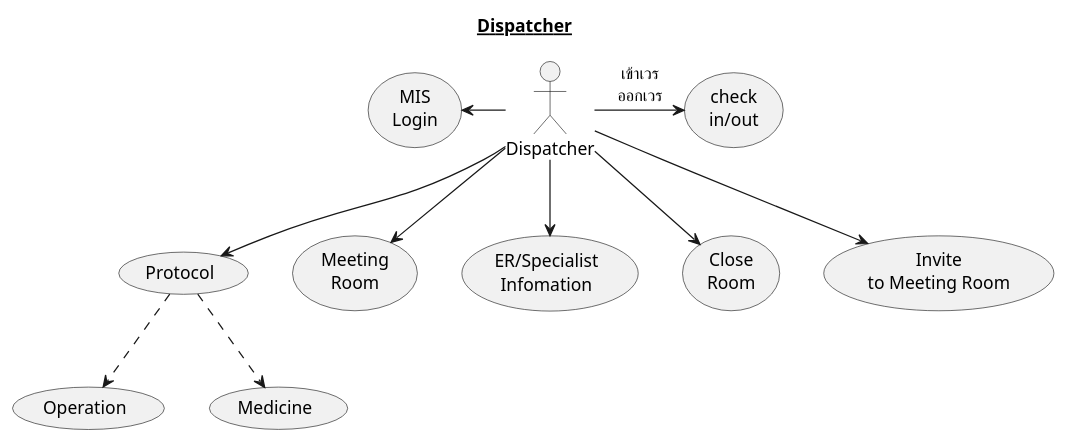
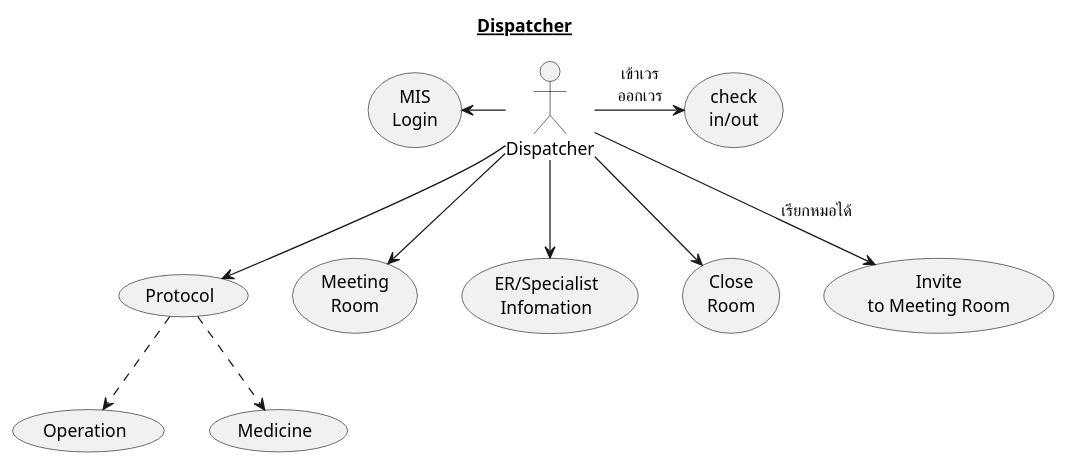
Before and after one commit to lionants02/mis-api-doc: the diagram in uml/scenario_Dispatcher.plantuml, drawn with PlantUML. The commit also changed 7 other files, not shown here.

```diff
--- a/uml/scenario_Dispatcher.plantuml
+++ b/uml/scenario_Dispatcher.plantuml
@@ -1,26 +1,26 @@
 @startuml
 Title __Dispatcher__
   :Dispatcher: as Dispatcher
 
   usecase (Protocol) as Protocol
   usecase (Operation) as Ops
   usecase (Medicine) as Med
   Protocol ..> Ops
   Protocol ..> Med
 
   usecase (check\nin/out) as checkIn
   usecase (MIS\nLogin) as MISLogin
   usecase (Meeting\nRoom) as MeetingRoom
   usecase (ER/Specialist\nInfomation) as ERSpecialistInfomation
   usecase (Close\nRoom) as CloseRoom
   usecase (Invite\nto Meeting Room) as InviteToMeetingRoom
 
   Dispatcher -right-> checkIn : เข้าเวร\nออกเวร
   Dispatcher -left-> MISLogin
   Dispatcher --> MeetingRoom
   Dispatcher --> ERSpecialistInfomation
   Dispatcher --> CloseRoom
   Dispatcher --> Protocol
-  Dispatcher --> InviteToMeetingRoom
+  Dispatcher --> InviteToMeetingRoom : เรียกหมอได้
 
 @enduml
```
